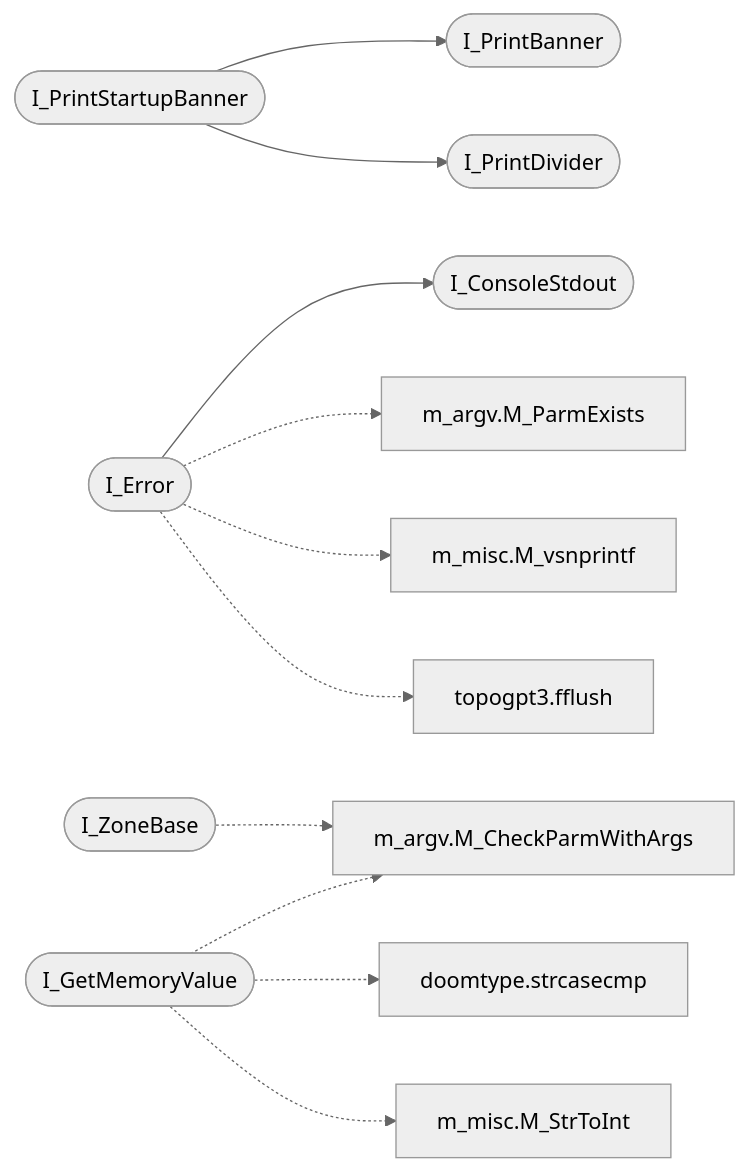
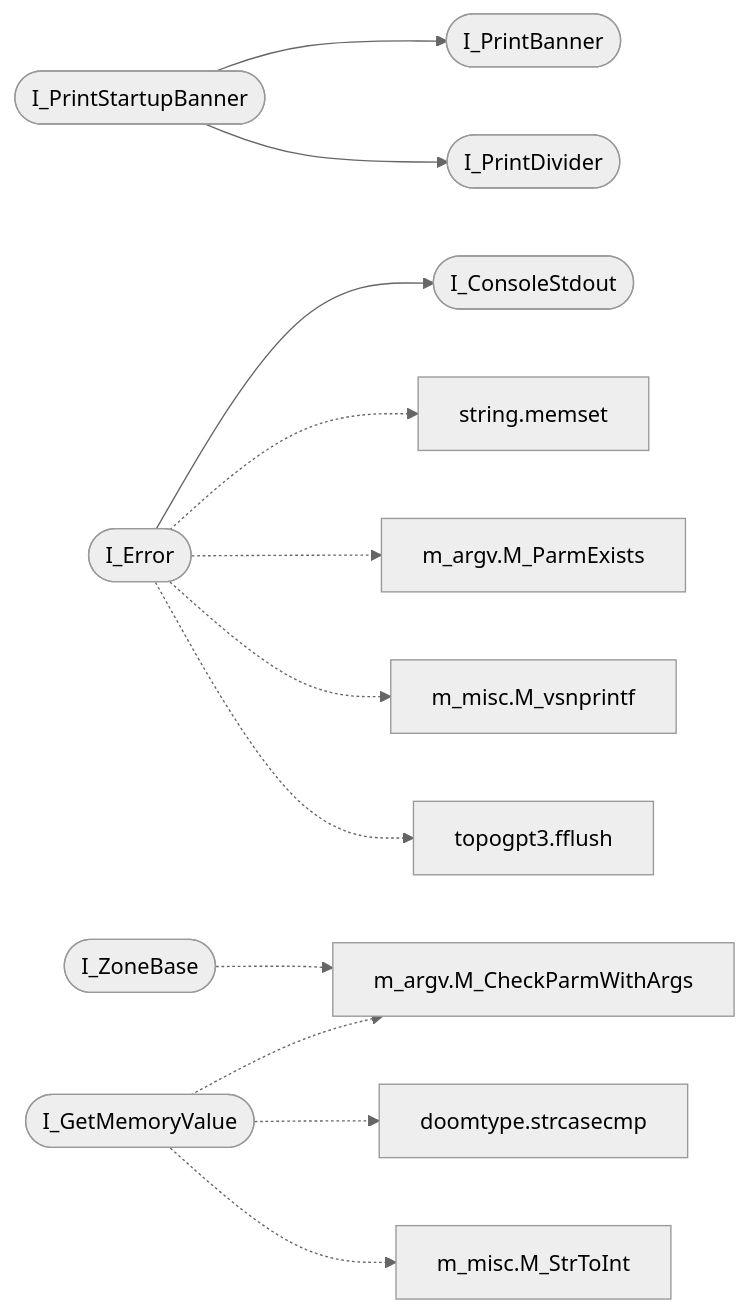
One commit to grisuno/miniOS changed the second of 2 diagrams in readmenator-apidocs/modules/progs.doomgeneric.i_system.c.md. Above: the diagram before and after it, drawn with Mermaid (neutral theme). The commit also changed other lines of this file and 222 other files, not shown here.

````diff
--- a/readmenator-apidocs/modules/progs.doomgeneric.i_system.c.md
+++ b/readmenator-apidocs/modules/progs.doomgeneric.i_system.c.md
@@ -31,26 +31,28 @@
 ```mermaid
 flowchart LR
     n_progs_doomgeneric_i_system_c__I_PrintStartupBanner(["I_PrintStartupBanner"])
     n_progs_doomgeneric_i_system_c__I_PrintBanner(["I_PrintBanner"])
     n_progs_doomgeneric_i_system_c__I_PrintDivider(["I_PrintDivider"])
     n_progs_doomgeneric_i_system_c__I_Error(["I_Error"])
     n_progs_doomgeneric_i_system_c__I_ConsoleStdout(["I_ConsoleStdout"])
     n_progs_doomgeneric_i_system_c__I_ZoneBase(["I_ZoneBase"])
     n_progs_doomgeneric_m_argv_h__M_CheckParmWithArgs["m_argv.M_CheckParmWithArgs"]
+    n_kernel_string_c__memset["string.memset"]
     n_progs_doomgeneric_m_argv_c__M_ParmExists["m_argv.M_ParmExists"]
     n_progs_doomgeneric_m_misc_h__M_vsnprintf["m_misc.M_vsnprintf"]
     n_progs_topogpt3_topogpt3_c__fflush["topogpt3.fflush"]
     n_progs_doomgeneric_i_system_c__I_GetMemoryValue(["I_GetMemoryValue"])
     n_progs_doomgeneric_doomtype_h__strcasecmp["doomtype.strcasecmp"]
     n_progs_doomgeneric_m_misc_c__M_StrToInt["m_misc.M_StrToInt"]
     n_progs_doomgeneric_i_system_c__I_PrintStartupBanner --> n_progs_doomgeneric_i_system_c__I_PrintBanner
     n_progs_doomgeneric_i_system_c__I_PrintStartupBanner --> n_progs_doomgeneric_i_system_c__I_PrintDivider
     n_progs_doomgeneric_i_system_c__I_Error --> n_progs_doomgeneric_i_system_c__I_ConsoleStdout
     n_progs_doomgeneric_i_system_c__I_ZoneBase -.-> n_progs_doomgeneric_m_argv_h__M_CheckParmWithArgs
+    n_progs_doomgeneric_i_system_c__I_Error -.-> n_kernel_string_c__memset
     n_progs_doomgeneric_i_system_c__I_Error -.-> n_progs_doomgeneric_m_argv_c__M_ParmExists
     n_progs_doomgeneric_i_system_c__I_Error -.-> n_progs_doomgeneric_m_misc_h__M_vsnprintf
     n_progs_doomgeneric_i_system_c__I_Error -.-> n_progs_topogpt3_topogpt3_c__fflush
     n_progs_doomgeneric_i_system_c__I_GetMemoryValue -.-> n_progs_doomgeneric_doomtype_h__strcasecmp
     n_progs_doomgeneric_i_system_c__I_GetMemoryValue -.-> n_progs_doomgeneric_m_argv_h__M_CheckParmWithArgs
     n_progs_doomgeneric_i_system_c__I_GetMemoryValue -.-> n_progs_doomgeneric_m_misc_c__M_StrToInt
 ```
````
